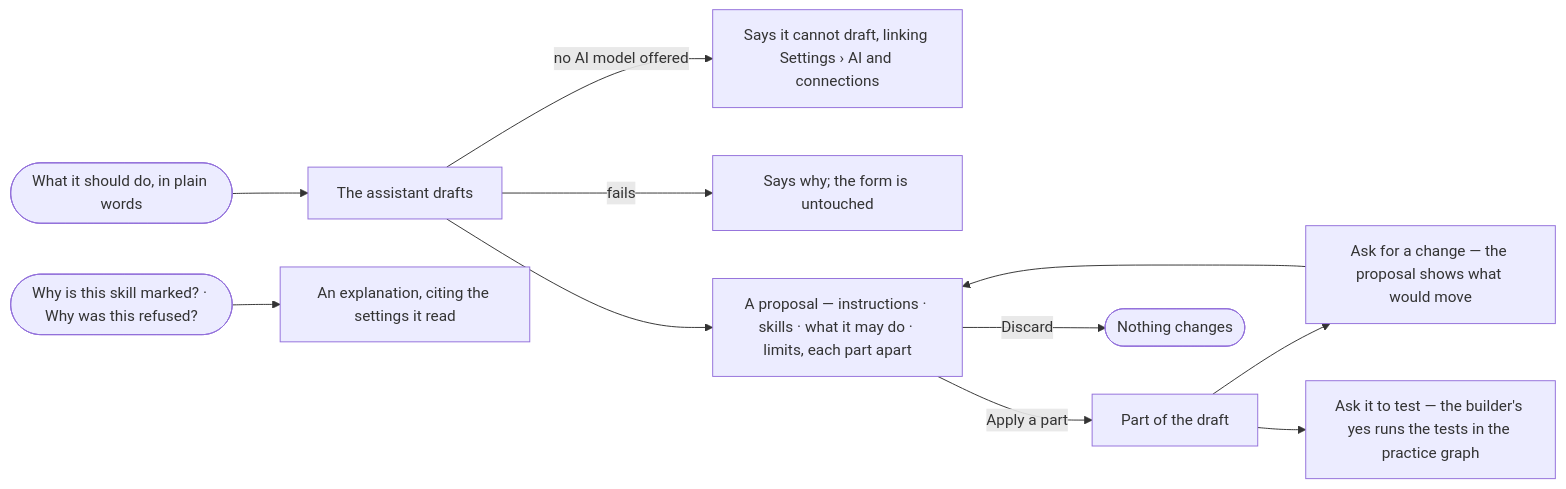
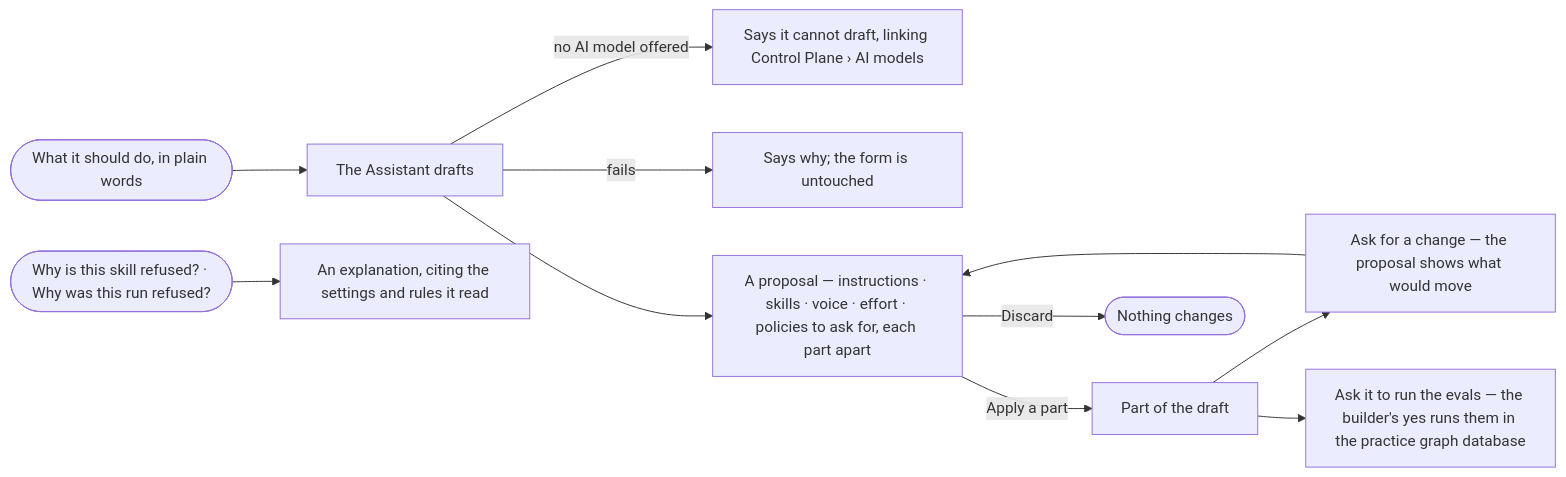
Before and after one commit to invana/invana: the diagram in specs/capabilities/agents/features/AG-F01-build-an-agent/stories/AG-26-let-the-assistant-draft-and-explain-an-agent/story.md, drawn with Mermaid. The commit also changed other lines of this file and 522 other files, not shown here.

````diff
--- a/specs/capabilities/agents/features/AG-F01-build-an-agent/stories/AG-26-let-the-assistant-draft-and-explain-an-agent/story.md
+++ b/specs/capabilities/agents/features/AG-F01-build-an-agent/stories/AG-26-let-the-assistant-draft-and-explain-an-agent/story.md
@@ -27,13 +28,13 @@
 ```mermaid
 flowchart LR
-  w(["What it should do, in plain words"]) --> a["The assistant drafts"]
-  a -->|no AI model offered| ax["Says it cannot draft, linking Settings › AI and connections"]
+  w(["What it should do, in plain words"]) --> a["The Assistant drafts"]
+  a -->|no AI model offered| ax["Says it cannot draft, linking Control Plane › AI models"]
   a -->|fails| af["Says why; the form is untouched"]
-  a --> p["A proposal — instructions · skills · what it may do · limits, each part apart"]
+  a --> p["A proposal — instructions · skills · voice · effort · policies to ask for, each part apart"]
   p -->|Apply a part| d["Part of the draft"]
   p -->|Discard| n(["Nothing changes"])
   d --> c["Ask for a change — the proposal shows what would move"]
   c --> p
-  d --> t["Ask it to test — the builder's yes runs the tests in the practice graph"]
-  q(["Why is this skill marked? · Why was this refused?"]) --> e["An explanation, citing the settings it read"]
+  d --> t["Ask it to run the evals — the builder's yes runs them in the practice graph database"]
+  q(["Why is this skill refused? · Why was this run refused?"]) --> e["An explanation, citing the settings and rules it read"]
 ```
````
